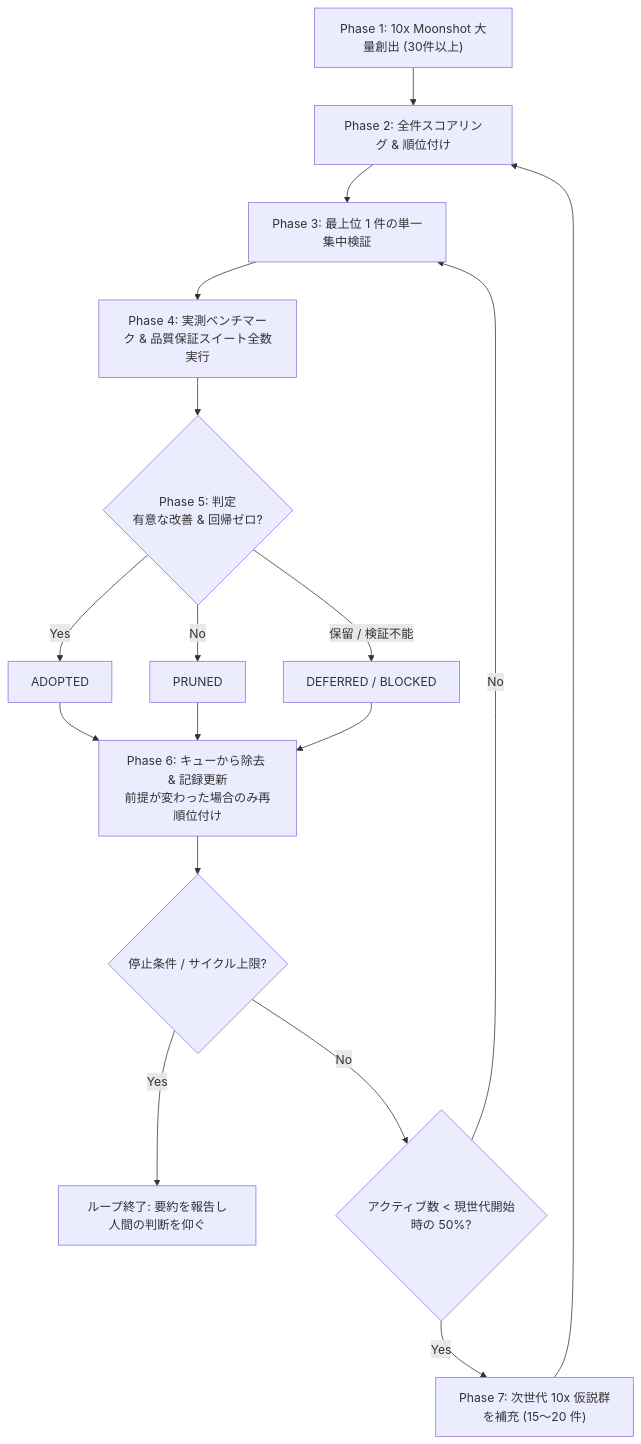
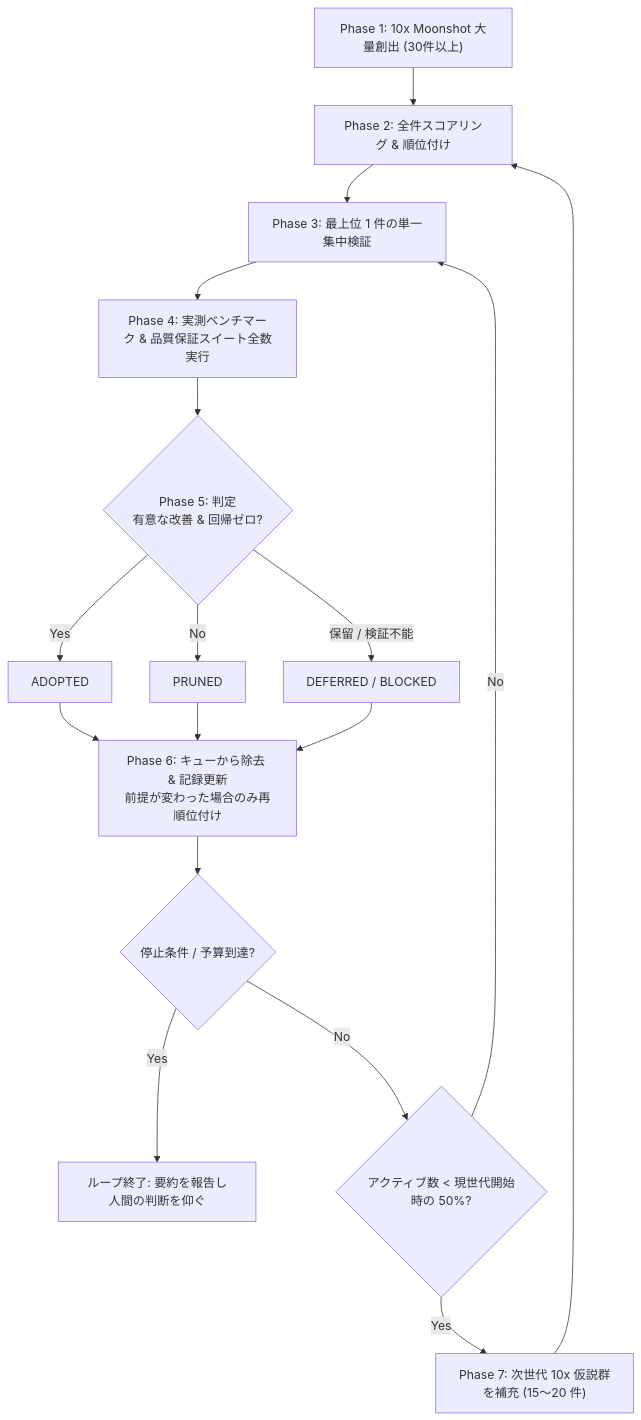
The diagram in .agents/skills/fail-fast-moonshot-loop/SKILL.md (shutsuruwork-afk/sister-problem), drawn with Mermaid before and after one commit. The commit also changed other lines of this file, not shown here.

````diff
--- a/.agents/skills/fail-fast-moonshot-loop/SKILL.md
+++ b/.agents/skills/fail-fast-moonshot-loop/SKILL.md
@@ -126,19 +138,19 @@
 ```mermaid
 graph TD
     P1["Phase 1: 10x Moonshot 大量創出 (30件以上)"] --> P2["Phase 2: 全件スコアリング & 順位付け"]
     P2 --> P3["Phase 3: 最上位 1 件の単一集中検証"]
     P3 --> P4["Phase 4: 実測ベンチマーク & 品質保証スイート全数実行"]
     P4 --> P5{"Phase 5: 判定<br/>有意な改善 & 回帰ゼロ?"}
     P5 -- "Yes" --> V1["ADOPTED"]
     P5 -- "No" --> V2["PRUNED"]
     P5 -- "保留 / 検証不能" --> V3["DEFERRED / BLOCKED"]
     V1 --> P6["Phase 6: キューから除去 & 記録更新<br/>前提が変わった場合のみ再順位付け"]
     V2 --> P6
     V3 --> P6
-    P6 --> S{"停止条件 / サイクル上限?"}
+    P6 --> S{"停止条件 / 予算到達?"}
     S -- "Yes" --> E["ループ終了: 要約を報告し人間の判断を仰ぐ"]
     S -- "No" --> R{"アクティブ数 < 現世代開始時の 50%?"}
     R -- "Yes" --> P7["Phase 7: 次世代 10x 仮説群を補充 (15〜20 件)"]
     P7 --> P2
     R -- "No" --> P3
 ```
````
